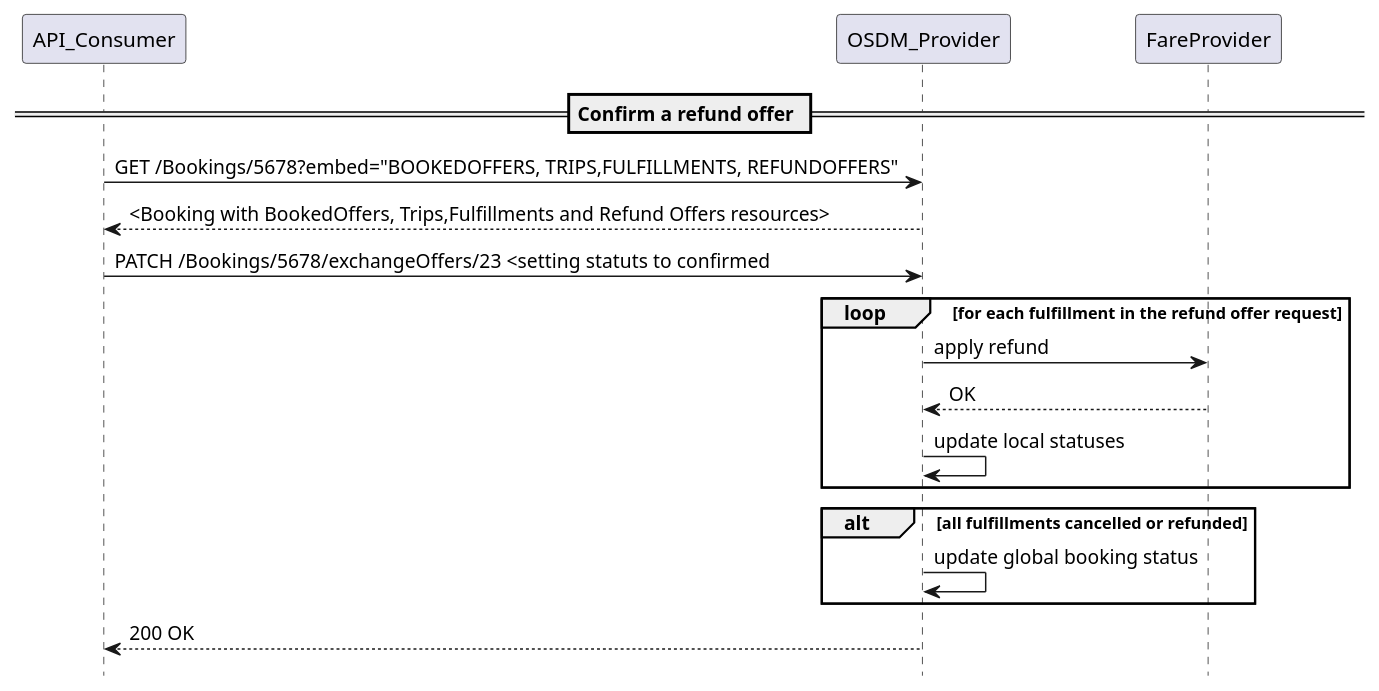
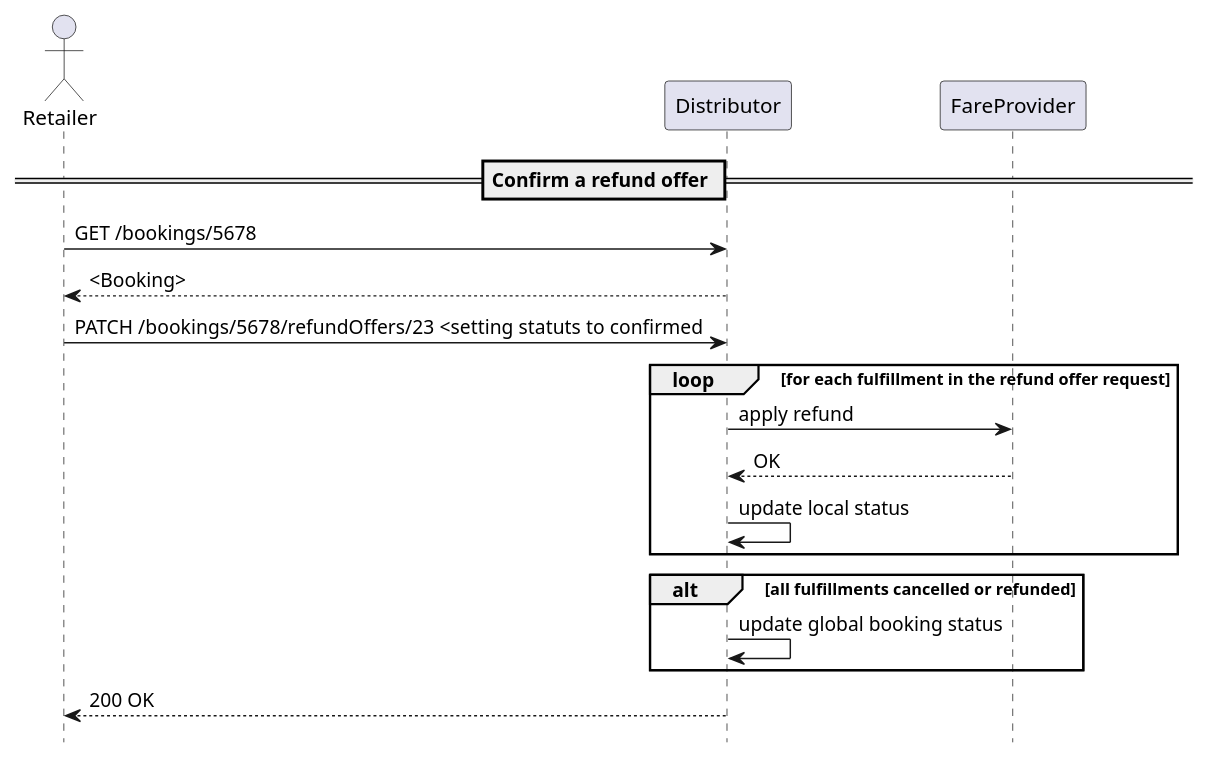
One commit to UnionInternationalCheminsdeFer/OSDM changed the diagram in images/processes/seq-confirm-a-refund-offer.puml. Above: the diagram before and after it, drawn with PlantUML. The commit also changed 71 other files, not shown here.

```diff
--- a/images/processes/seq-confirm-a-refund-offer.puml
+++ b/images/processes/seq-confirm-a-refund-offer.puml
@@ -1,14 +1,17 @@
 hide footbox
+
+actor Retailer
+
 == Confirm a refund offer ==
-API_Consumer -> OSDM_Provider: GET /Bookings/5678?embed="BOOKEDOFFERS, TRIPS,FULFILLMENTS, REFUNDOFFERS"
-OSDM_Provider --> API_Consumer: <Booking with BookedOffers, Trips,Fulfillments and Refund Offers resources>
-API_Consumer -> OSDM_Provider: PATCH /Bookings/5678/exchangeOffers/23 <setting statuts to confirmed
+Retailer -> Distributor: GET /bookings/5678
+Distributor --> Retailer: <Booking>
+Retailer -> Distributor: PATCH /bookings/5678/refundOffers/23 <setting statuts to confirmed
 loop for each fulfillment in the refund offer request
-      OSDM_Provider -> FareProvider: apply refund
-	  FareProvider --> OSDM_Provider : OK
-	  OSDM_Provider -> OSDM_Provider : update local statuses
+      Distributor -> FareProvider: apply refund
+	  FareProvider --> Distributor : OK
+	  Distributor -> Distributor : update local status
 end
 alt all fulfillments cancelled or refunded
-    OSDM_Provider -> OSDM_Provider : update global booking status
+    Distributor -> Distributor : update global booking status
 end
-OSDM_Provider --> API_Consumer: 200 OK
+Distributor --> Retailer: 200 OK
```
